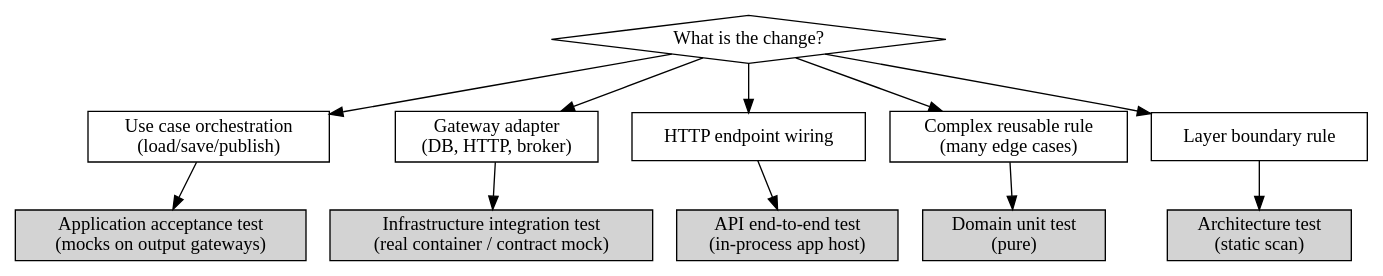
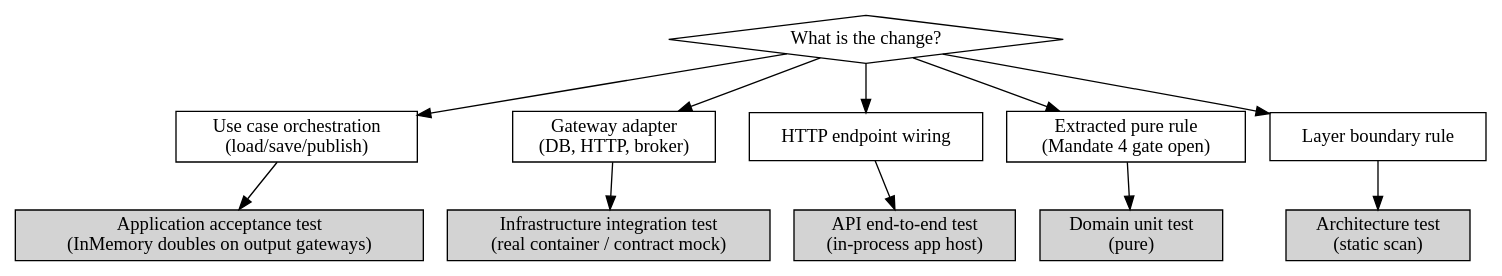
The diagram in plugins/skraft-framework/skills/clean-architecture-testing/SKILL.md (SebastienDegodez/skraft-plugin), drawn with Graphviz before and after one commit. The commit also changed other lines of this file and 43 other files, not shown here.

````diff
--- a/plugins/skraft-framework/skills/clean-architecture-testing/SKILL.md
+++ b/plugins/skraft-framework/skills/clean-architecture-testing/SKILL.md
@@ -170,26 +172,26 @@
 ```dot
 digraph which_layer {
     "What is the change?" [shape=diamond];
     "Use case orchestration\n(load/save/publish)" [shape=box];
     "Gateway adapter\n(DB, HTTP, broker)" [shape=box];
     "HTTP endpoint wiring" [shape=box];
-    "Complex reusable rule\n(many edge cases)" [shape=box];
+    "Extracted pure rule\n(Mandate 4 gate open)" [shape=box];
     "Layer boundary rule" [shape=box];
-    "Application acceptance test\n(mocks on output gateways)" [shape=box, style=filled];
+    "Application acceptance test\n(InMemory doubles on output gateways)" [shape=box, style=filled];
     "Infrastructure integration test\n(real container / contract mock)" [shape=box, style=filled];
     "API end-to-end test\n(in-process app host)" [shape=box, style=filled];
     "Domain unit test\n(pure)" [shape=box, style=filled];
     "Architecture test\n(static scan)" [shape=box, style=filled];
 
     "What is the change?" -> "Use case orchestration\n(load/save/publish)";
     "What is the change?" -> "Gateway adapter\n(DB, HTTP, broker)";
     "What is the change?" -> "HTTP endpoint wiring";
-    "What is the change?" -> "Complex reusable rule\n(many edge cases)";
+    "What is the change?" -> "Extracted pure rule\n(Mandate 4 gate open)";
     "What is the change?" -> "Layer boundary rule";
-    "Use case orchestration\n(load/save/publish)" -> "Application acceptance test\n(mocks on output gateways)";
+    "Use case orchestration\n(load/save/publish)" -> "Application acceptance test\n(InMemory doubles on output gateways)";
     "Gateway adapter\n(DB, HTTP, broker)" -> "Infrastructure integration test\n(real container / contract mock)";
     "HTTP endpoint wiring" -> "API end-to-end test\n(in-process app host)";
-    "Complex reusable rule\n(many edge cases)" -> "Domain unit test\n(pure)";
+    "Extracted pure rule\n(Mandate 4 gate open)" -> "Domain unit test\n(pure)";
     "Layer boundary rule" -> "Architecture test\n(static scan)";
 }
 ```
````
